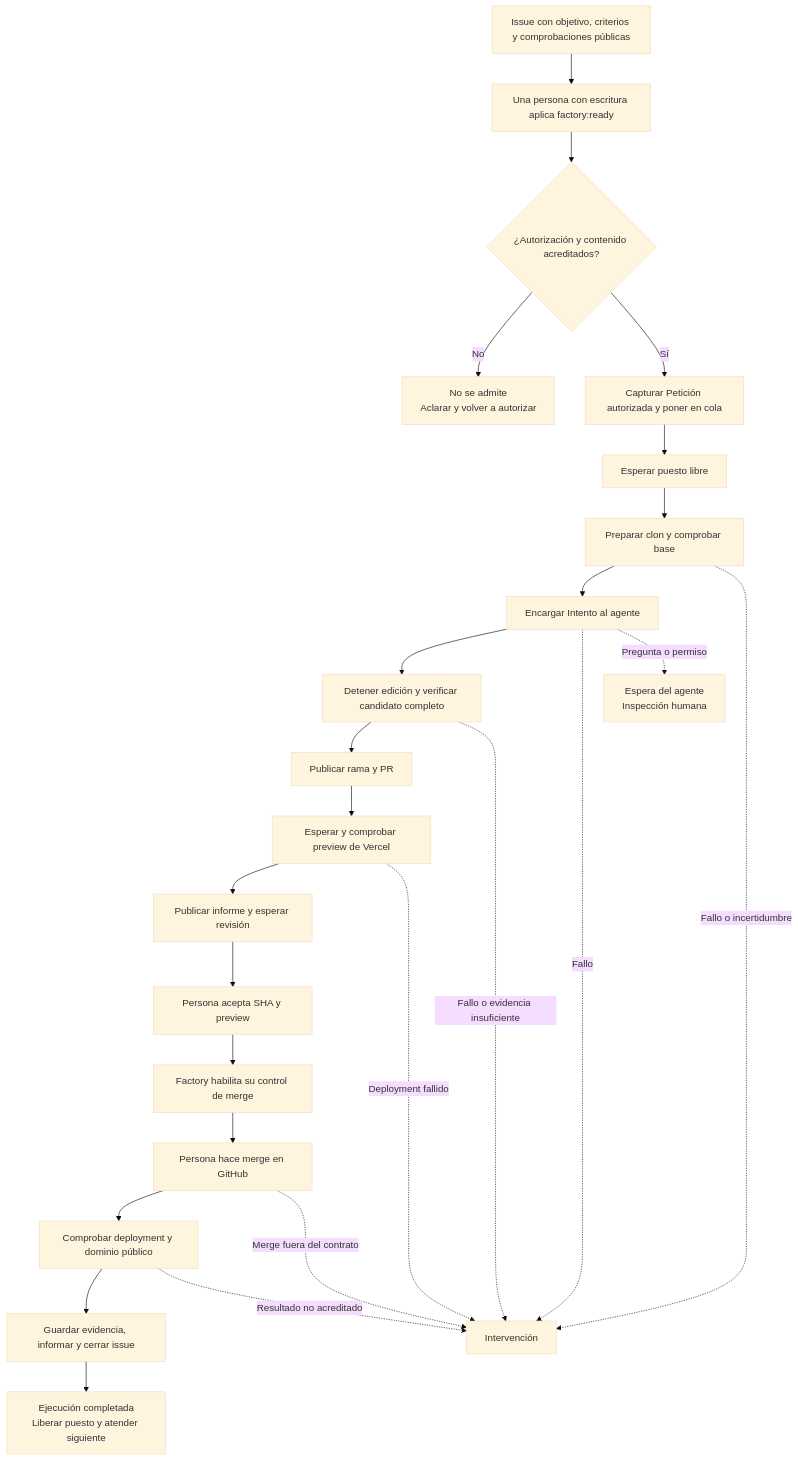
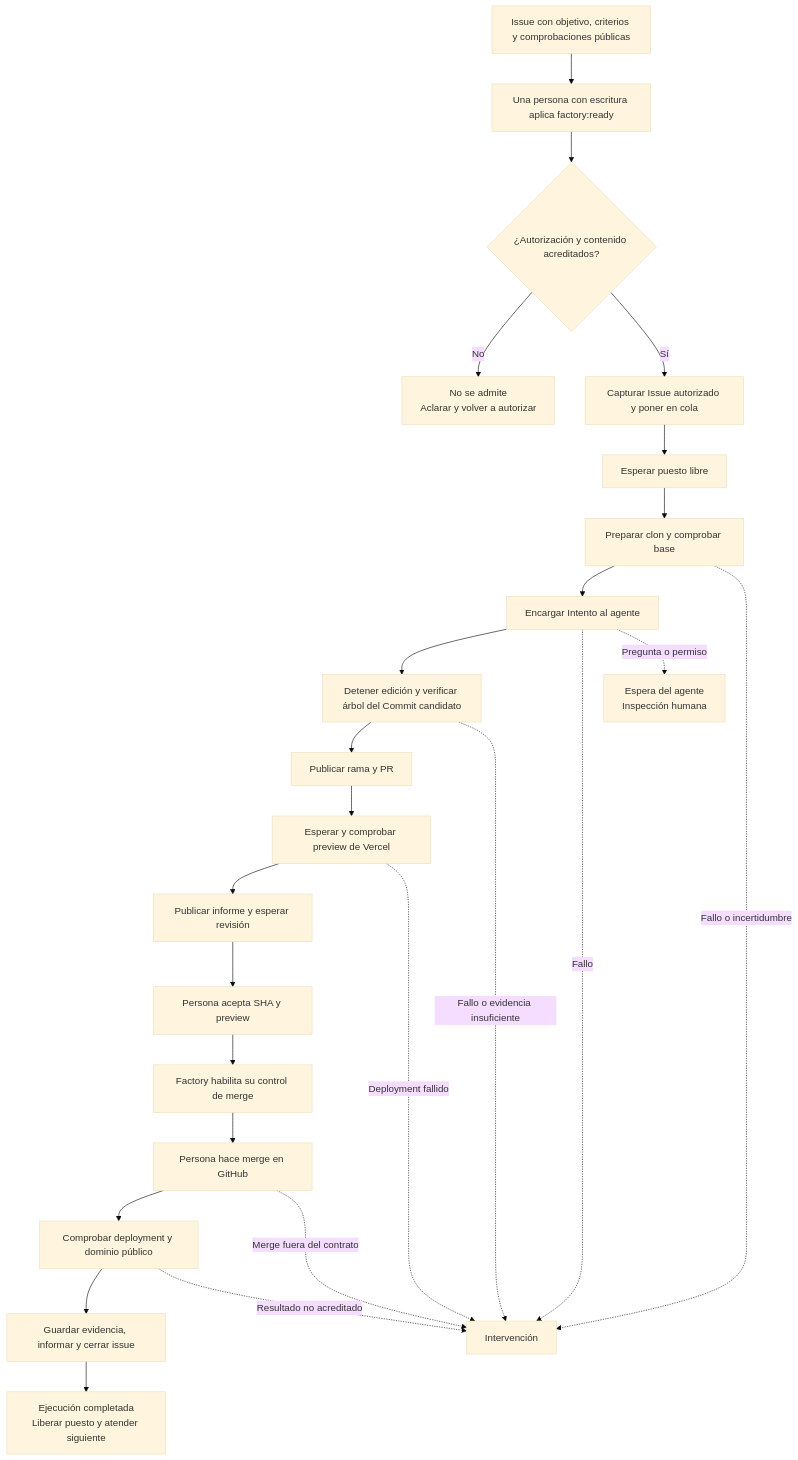
The second of 3 diagrams in docs/manual/01-mapa.md (rubenbp/app-foundry), drawn with Mermaid (base theme) before and after one commit. The commit also changed other lines of this file and 35 other files, not shown here.

Commit message:
Ajusta términos de issue y commit candidato

````diff
--- a/docs/manual/01-mapa.md
+++ b/docs/manual/01-mapa.md
@@ -54,27 +54,27 @@
 ```mermaid
 flowchart TD
     I["Issue con objetivo, criterios y comprobaciones públicas"] --> A["Una persona con escritura aplica factory:ready"]
     A --> D{"¿Autorización y contenido acreditados?"}
     D -->|"No"| N["No se admite<br/>Aclarar y volver a autorizar"]
-    D -->|"Sí"| Q["Capturar Petición autorizada y poner en cola"]
+    D -->|"Sí"| Q["Capturar Issue autorizado y poner en cola"]
     Q --> W["Esperar puesto libre"]
     W --> B["Preparar clon y comprobar base"]
     B --> O["Encargar Intento al agente"]
-    O --> T["Detener edición y verificar candidato completo"]
+    O --> T["Detener edición y verificar árbol del Commit candidato"]
     T --> R["Publicar rama y PR"]
     R --> V["Esperar y comprobar preview de Vercel"]
     V --> E["Publicar informe y esperar revisión"]
     E --> H["Persona acepta SHA y preview"]
     H --> G["Factory habilita su control de merge"]
     G --> M["Persona hace merge en GitHub"]
     M --> P["Comprobar deployment y dominio público"]
     P --> C["Guardar evidencia, informar y cerrar issue"]
     C --> F["Ejecución completada<br/>Liberar puesto y atender siguiente"]
     B -. "Fallo o incertidumbre" .-> X["Intervención"]
     O -. "Fallo" .-> X
     O -. "Pregunta o permiso" .-> Y["Espera del agente<br/>Inspección humana"]
     T -. "Fallo o evidencia insuficiente" .-> X
     V -. "Deployment fallido" .-> X
     M -. "Merge fuera del contrato" .-> X
     P -. "Resultado no acreditado" .-> X
 ```
````
